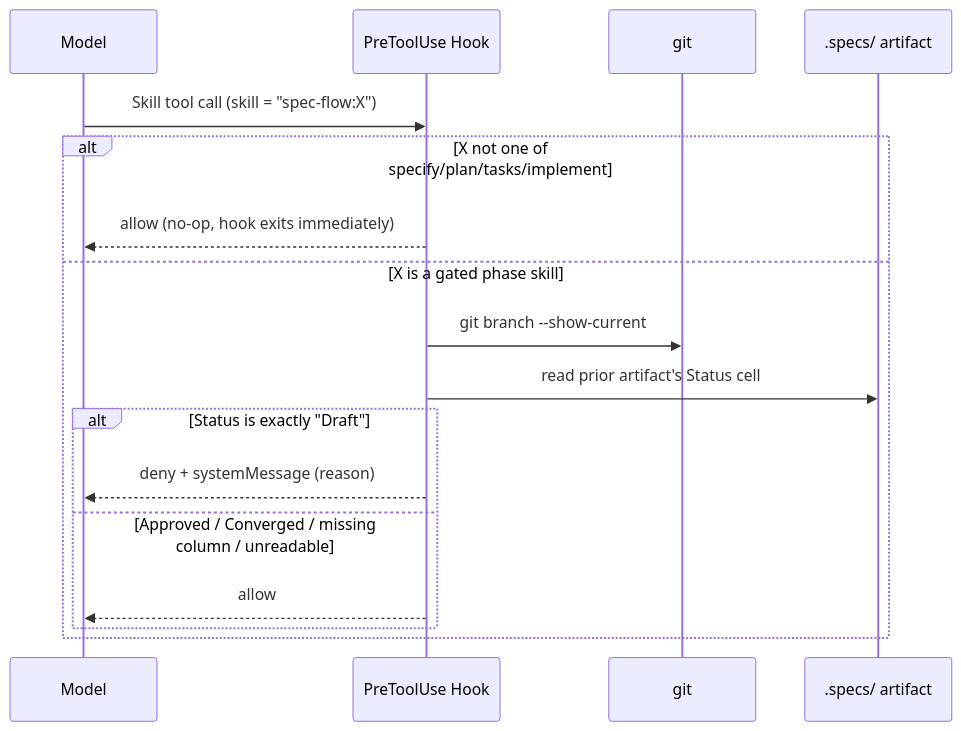
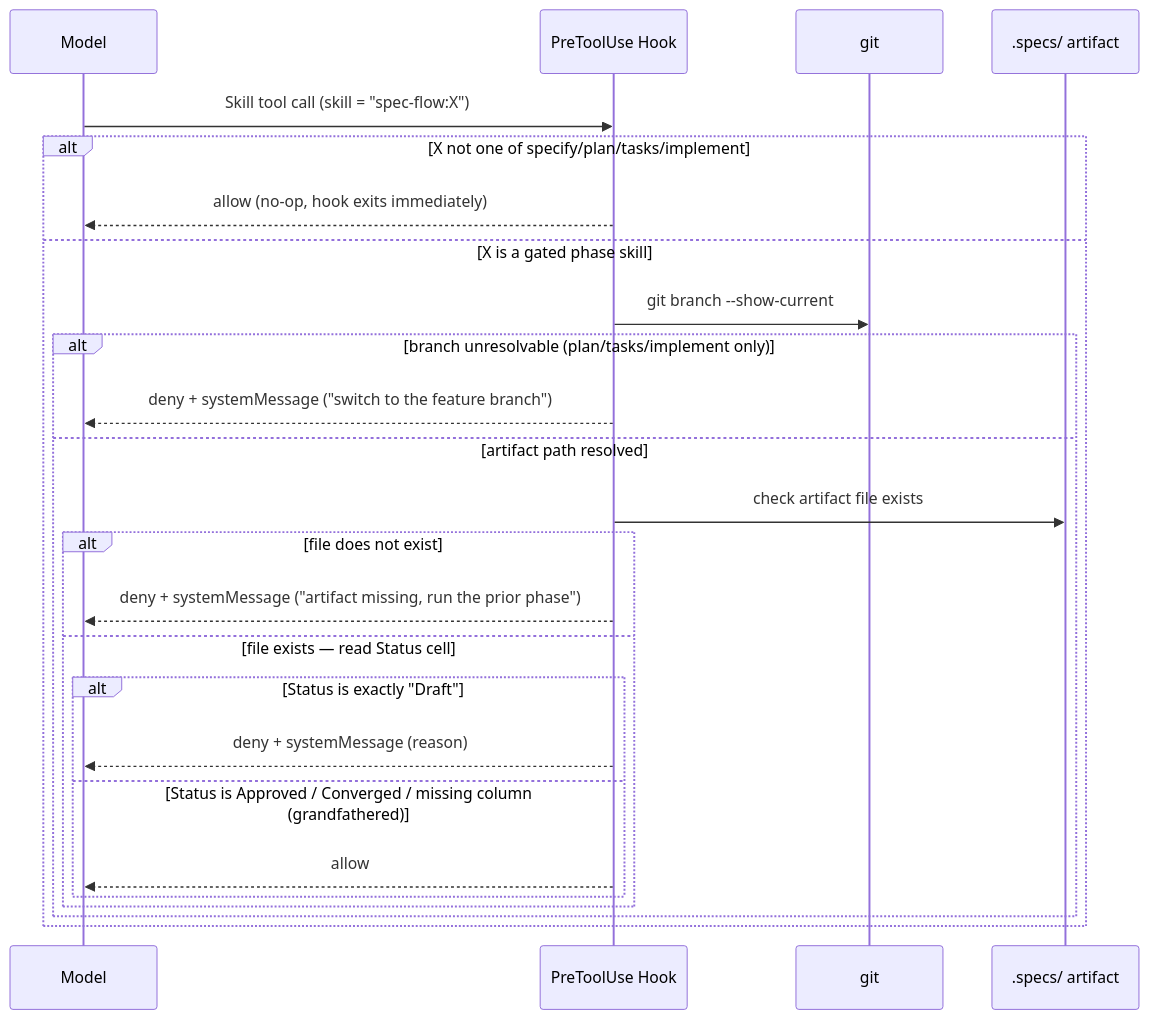
Before and after one commit to santiago-migoni/spec-flow: the diagram in .specs/003-phase-approval-gate/plan.md, drawn with Mermaid. The commit also changed other lines of this file and 3 other files, not shown here.

Commit message:
fix(003-phase-approval-gate): add hookEventName, narrow fail-open to grandfathered case only

````diff
--- a/.specs/003-phase-approval-gate/plan.md
+++ b/.specs/003-phase-approval-gate/plan.md
@@ -36,20 +36,28 @@
 ```mermaid
 sequenceDiagram
     participant M as Model
     participant H as PreToolUse Hook
     participant G as git
     participant F as .specs/ artifact
 
     M->>H: Skill tool call (skill = "spec-flow:X")
     alt X not one of specify/plan/tasks/implement
         H-->>M: allow (no-op, hook exits immediately)
     else X is a gated phase skill
         H->>G: git branch --show-current
-        H->>F: read prior artifact's Status cell
-        alt Status is exactly "Draft"
-            H-->>M: deny + systemMessage (reason)
-        else Approved / Converged / missing column / unreadable
-            H-->>M: allow
+        alt branch unresolvable (plan/tasks/implement only)
+            H-->>M: deny + systemMessage ("switch to the feature branch")
+        else artifact path resolved
+            H->>F: check artifact file exists
+            alt file does not exist
+                H-->>M: deny + systemMessage ("artifact missing, run the prior phase")
+            else file exists — read Status cell
+                alt Status is exactly "Draft"
+                    H-->>M: deny + systemMessage (reason)
+                else Status is Approved / Converged / missing column (grandfathered)
+                    H-->>M: allow
+                end
+            end
         end
     end
 ```
````
